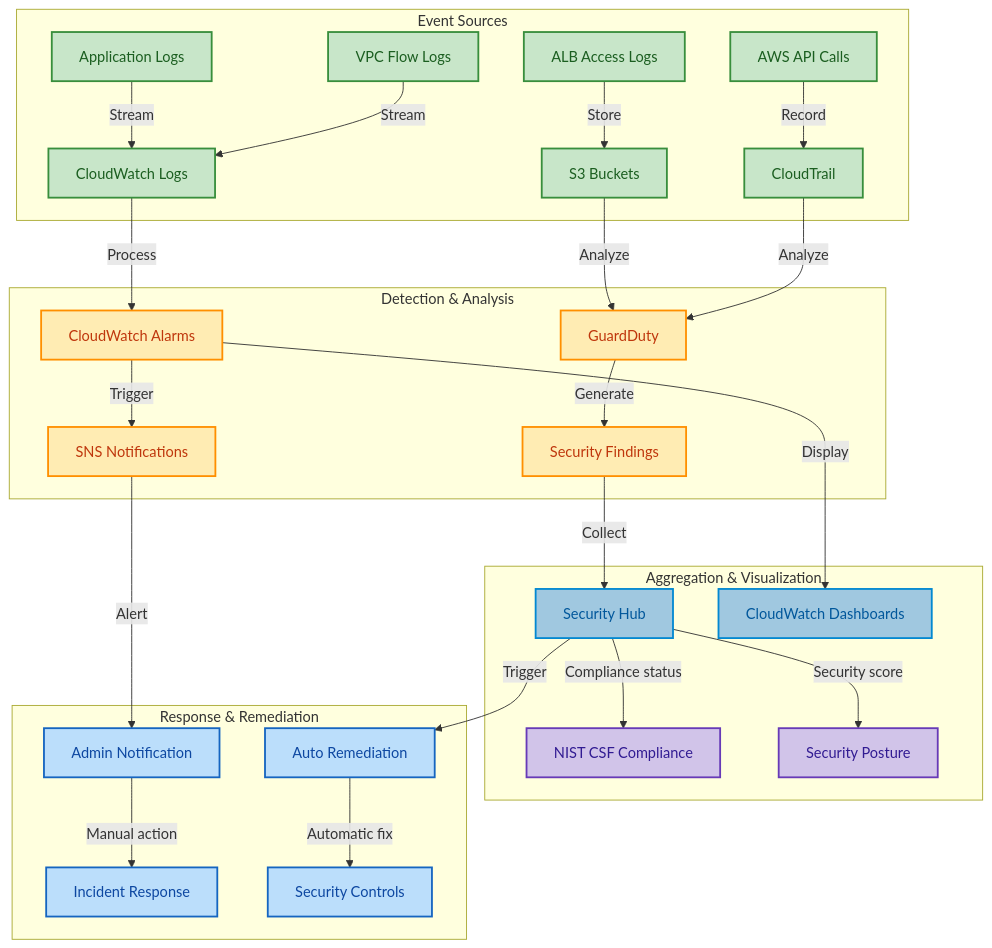
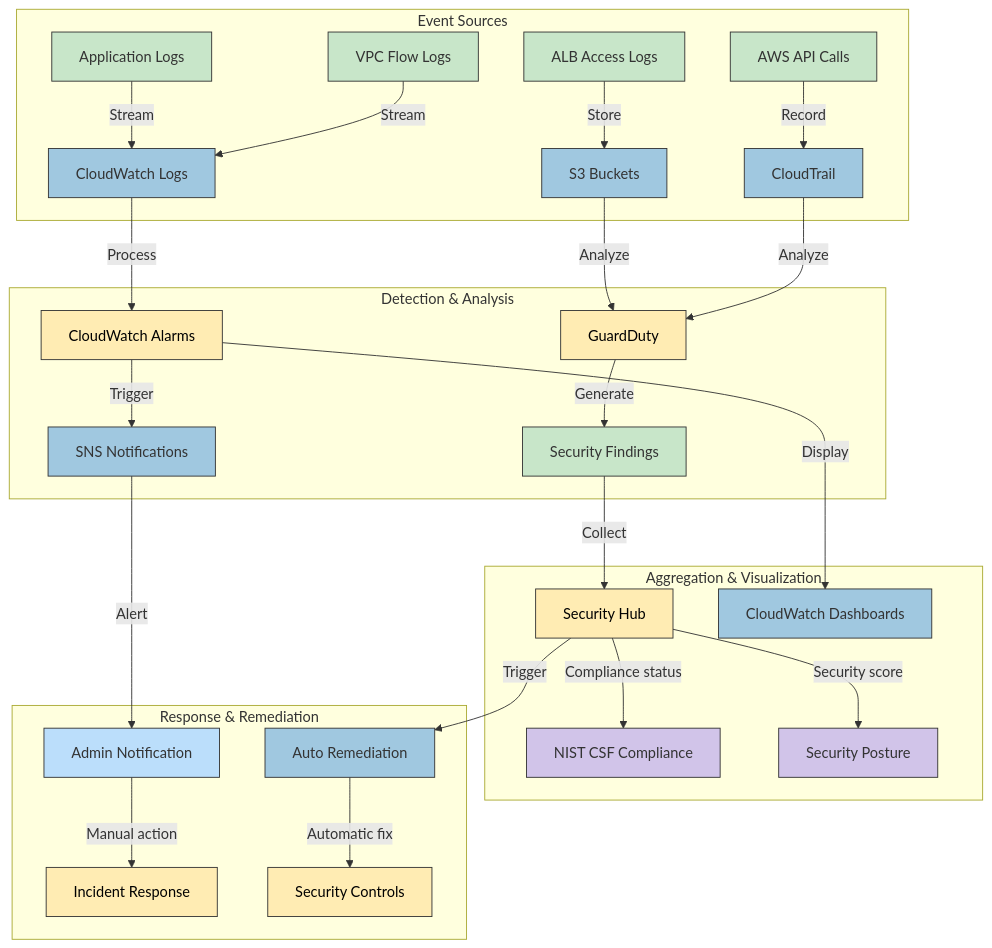
The sixth of 9 diagrams in SECURITY_ARCHITECTURE.md (Hack23/cia), drawn with Mermaid before and after one commit. The commit also changed other lines of this file, not shown here.

````diff
--- a/SECURITY_ARCHITECTURE.md
+++ b/SECURITY_ARCHITECTURE.md
@@ -361,48 +601,54 @@
 ```mermaid
 flowchart TD
-    %% Node styling classes
-    classDef logNode fill:#c8e6c9,stroke:#388e3c,stroke-width:2px,color:#1b5e20
-    classDef alertNode fill:#ffecb3,stroke:#ff8f00,stroke-width:2px,color:#bf360c
-    classDef dashboardNode fill:#a0c8e0,stroke:#0288d1,stroke-width:2px,color:#01579b
-    classDef complianceNode fill:#d1c4e9,stroke:#673ab7,stroke-width:2px,color:#311b92
-    classDef responderNode fill:#bbdefb,stroke:#1565c0,stroke-width:2px,color:#0d47a1
-    
     subgraph "Event Sources"
         A1[Application Logs] -->|Stream| B[CloudWatch Logs]
         A2[VPC Flow Logs] -->|Stream| B
         A3[ALB Access Logs] -->|Store| C[S3 Buckets]
         A4[AWS API Calls] -->|Record| D[CloudTrail]
     end
     
     subgraph "Detection & Analysis"
         B -->|Process| E[CloudWatch Alarms]
         C -->|Analyze| F[GuardDuty]
         D -->|Analyze| F
         
         E -->|Trigger| G[SNS Notifications]
         F -->|Generate| H[Security Findings]
     end
     
     subgraph "Aggregation & Visualization"
         H -->|Collect| I[Security Hub]
         E -->|Display| J[CloudWatch Dashboards]
         
         I -->|Compliance status| K[NIST CSF Compliance]
         I -->|Security score| L[Security Posture]
     end
     
     subgraph "Response & Remediation"
         G -->|Alert| M[Admin Notification]
         I -->|Trigger| N[Auto Remediation]
         
         M -->|Manual action| O[Incident Response]
         N -->|Automatic fix| P[Security Controls]
     end
     
-    %% Apply styling classes
-    class A1,A2,A3,A4,B,C,D logNode
-    class E,F,G,H alertNode
-    class I,J dashboardNode
-    class K,L complianceNode
-    class M,N,O,P responderNode
+    style A1 fill:#c8e6c9,stroke:#333,stroke-width:1px
+    style A2 fill:#c8e6c9,stroke:#333,stroke-width:1px
+    style A3 fill:#c8e6c9,stroke:#333,stroke-width:1px
+    style A4 fill:#c8e6c9,stroke:#333,stroke-width:1px
+    style B fill:#a0c8e0,stroke:#333,stroke-width:1px
+    style C fill:#a0c8e0,stroke:#333,stroke-width:1px
+    style D fill:#a0c8e0,stroke:#333,stroke-width:1px
+    style E fill:#ffecb3,stroke:#333,stroke-width:1px,color:black
+    style F fill:#ffecb3,stroke:#333,stroke-width:1px,color:black
+    style G fill:#a0c8e0,stroke:#333,stroke-width:1px
+    style H fill:#c8e6c9,stroke:#333,stroke-width:1px
+    style I fill:#ffecb3,stroke:#333,stroke-width:1px,color:black
+    style J fill:#a0c8e0,stroke:#333,stroke-width:1px
+    style K fill:#d1c4e9,stroke:#333,stroke-width:1px
+    style L fill:#d1c4e9,stroke:#333,stroke-width:1px
+    style M fill:#bbdefb,stroke:#333,stroke-width:1px
+    style N fill:#a0c8e0,stroke:#333,stroke-width:1px
+    style O fill:#ffecb3,stroke:#333,stroke-width:1px,color:black
+    style P fill:#ffecb3,stroke:#333,stroke-width:1px,color:black
 ```
````
